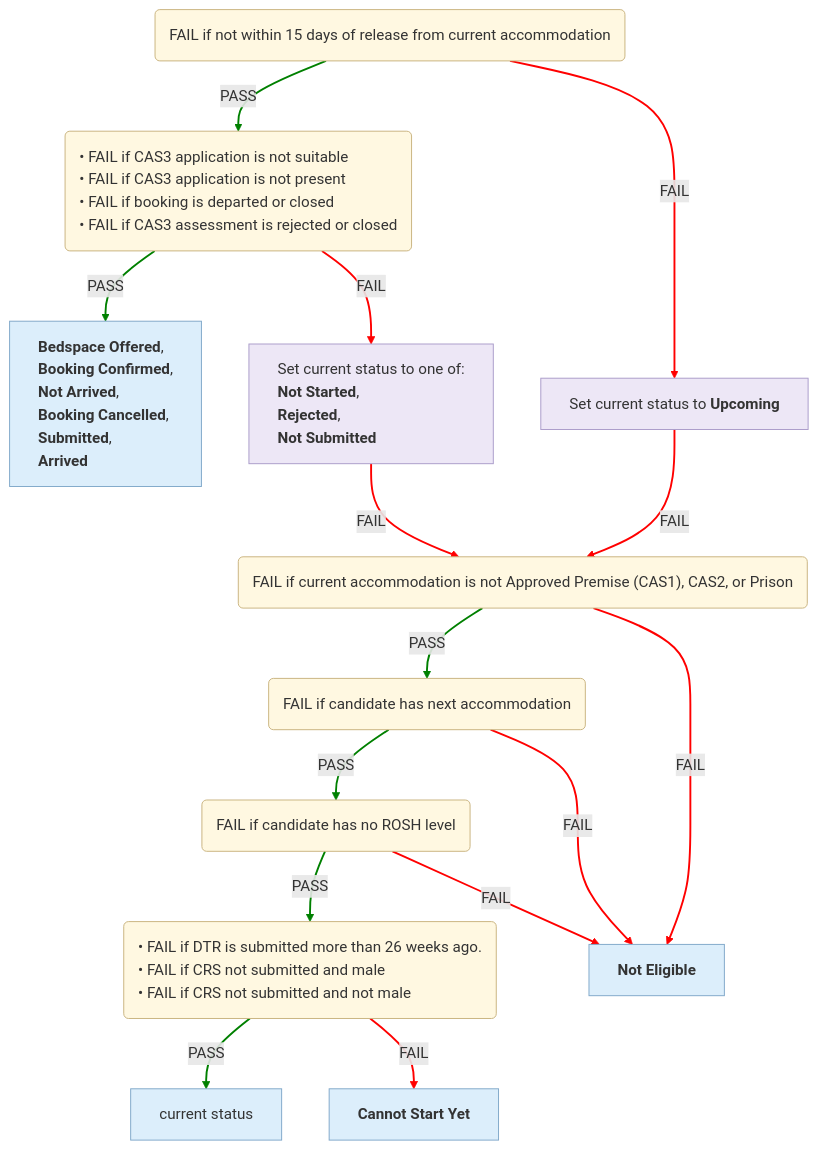
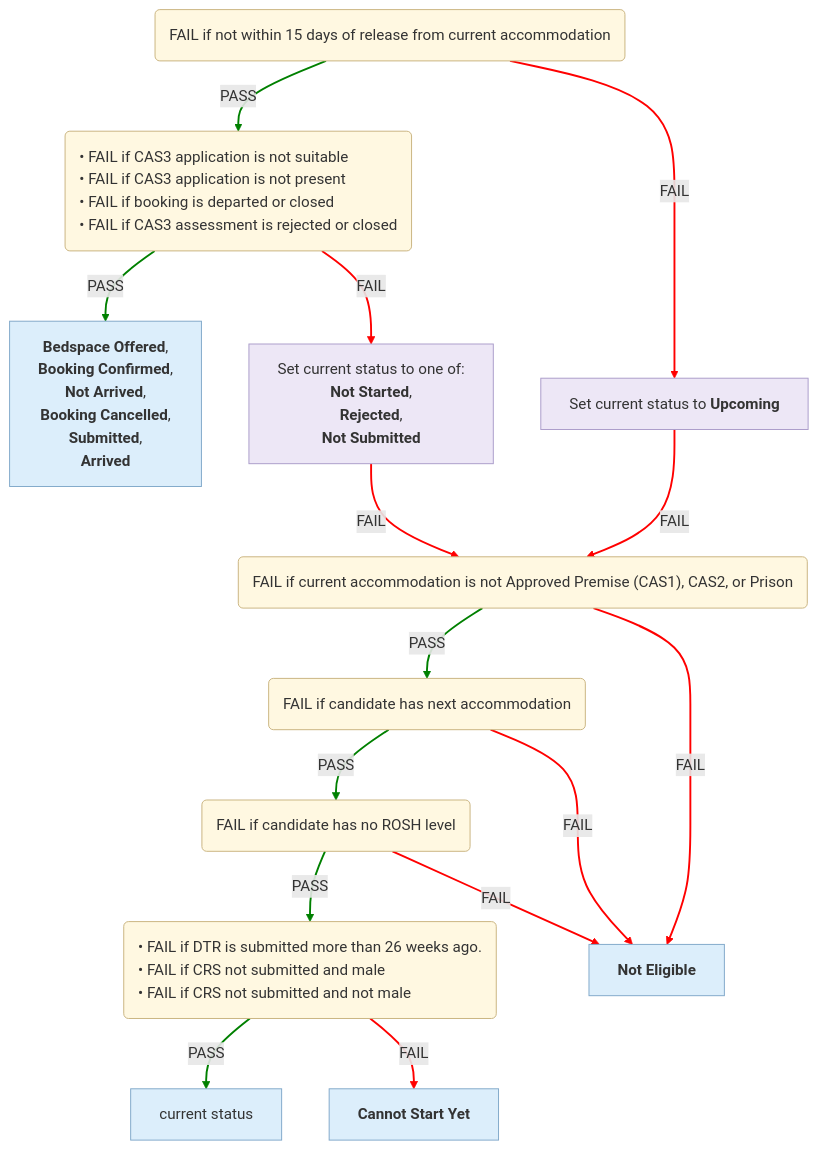
Before and after one commit to uk-gov-mirror/ministryofjustice.hmpps-single-accommodation-service-api: the third of 6 diagrams in docs/eligibility-rules-graph.md, drawn with Mermaid. The commit also changed other lines of this file and 3 other files, not shown here.

Commit message:
chore/SAS-1532-Use-UI-statuses-in-graph-instead-of-enums

````diff
--- a/docs/eligibility-rules-graph.md
+++ b/docs/eligibility-rules-graph.md
@@ -284,51 +284,51 @@
 ```mermaid
 %%{init: {"flowchart": {"wrappingWidth": 800}}}%%
 flowchart TD
-  Upcoming("<div style='text-align:left'>FAIL if not within 15 days of release from current accommodation</div>")
+  Upcoming("FAIL if not within 15 days of release from current accommodation")
   Suitability("<div style='text-align:left'>• FAIL if CAS3 application is not suitable
 • FAIL if CAS3 application is not present
 • FAIL if booking is departed or closed
 • FAIL if CAS3 assessment is rejected or closed</div>")
-  updater_Bedspace_Offered___Booking_Confirmed___Not_Arrived___Booking_Cancelled___Submitted___Arrived["<div style='text-align:left'><b>Bedspace Offered</b>,
+  updater_Bedspace_Offered___Booking_Confirmed___Not_Arrived___Booking_Cancelled___Submitted___Arrived["<b>Bedspace Offered</b>,
  <b>Booking Confirmed</b>,
  <b>Not Arrived</b>,
  <b>Booking Cancelled</b>,
  <b>Submitted</b>,
- <b>Arrived</b></div>"]
-  updater_Set_current_status_to_one_of__Not_Started___Rejected___Not_Submitted["<div style='text-align:left'>Set current status to one of:
+ <b>Arrived</b>"]
+  updater_Set_current_status_to_one_of__Not_Started___Rejected___Not_Submitted["Set current status to one of:
 <b>Not Started</b>,
  <b>Rejected</b>,
- <b>Not Submitted</b></div>"]
-  Eligibility_Current_Accommodation("<div style='text-align:left'>FAIL if current accommodation is not Approved Premise (CAS1), CAS2, or Prison</div>")
-  Eligibility_Next_Accommodation("<div style='text-align:left'>FAIL if candidate has next accommodation</div>")
-  Eligibility_Rosh("<div style='text-align:left'>FAIL if candidate has no ROSH level</div>")
+ <b>Not Submitted</b>"]
+  Eligibility_Current_Accommodation("FAIL if current accommodation is not Approved Premise (CAS1), CAS2, or Prison")
+  Eligibility_Next_Accommodation("FAIL if candidate has next accommodation")
+  Eligibility_Rosh("FAIL if candidate has no ROSH level")
   Prerequisite("<div style='text-align:left'>• FAIL if DTR is submitted more than 26 weeks ago.
 • FAIL if CRS not submitted and male
 • FAIL if CRS not submitted and not male</div>")
-  current_status["<div style='text-align:left'>current status</div>"]
-  updater_Cannot_Start_Yet["<div style='text-align:left'><b>Cannot Start Yet</b></div>"]
-  Not_Eligible["<div style='text-align:left'><b>Not Eligible</b></div>"]
-  updater_Set_current_status_to_Upcoming["<div style='text-align:left'>Set current status to <b>Upcoming</b></div>"]
+  current_status["current status"]
+  updater_Cannot_Start_Yet["<b>Cannot Start Yet</b>"]
+  Not_Eligible["<b>Not Eligible</b>"]
+  updater_Set_current_status_to_Upcoming["Set current status to <b>Upcoming</b>"]
   Suitability -->|PASS| updater_Bedspace_Offered___Booking_Confirmed___Not_Arrived___Booking_Cancelled___Submitted___Arrived
   Suitability -->|FAIL| updater_Set_current_status_to_one_of__Not_Started___Rejected___Not_Submitted
   Prerequisite -->|PASS| current_status
   Prerequisite -->|FAIL| updater_Cannot_Start_Yet
   Eligibility_Rosh -->|PASS| Prerequisite
   Eligibility_Rosh -->|FAIL| Not_Eligible
   Eligibility_Next_Accommodation -->|PASS| Eligibility_Rosh
   Eligibility_Next_Accommodation -->|FAIL| Not_Eligible
   Eligibility_Current_Accommodation -->|PASS| Eligibility_Next_Accommodation
   Eligibility_Current_Accommodation -->|FAIL| Not_Eligible
   updater_Set_current_status_to_one_of__Not_Started___Rejected___Not_Submitted -->|FAIL| Eligibility_Current_Accommodation
   Upcoming -->|PASS| Suitability
   Upcoming -->|FAIL| updater_Set_current_status_to_Upcoming
   updater_Set_current_status_to_Upcoming -->|FAIL| Eligibility_Current_Accommodation
   linkStyle 0,2,4,6,8,11 stroke:green,stroke-width:2px
   linkStyle 1,3,5,7,9,10,12,13 stroke:red,stroke-width:2px
   classDef ruleSetNode fill:#FFF8E1,stroke:#C9B37E,color:#333
   classDef outcomeNode fill:#DCEEFB,stroke:#7FA7C9,color:#333
   classDef updaterNode fill:#EDE7F6,stroke:#A99BC9,color:#333
   class Upcoming,Suitability,Eligibility_Current_Accommodation,Eligibility_Next_Accommodation,Eligibility_Rosh,Prerequisite ruleSetNode
   class updater_Bedspace_Offered___Booking_Confirmed___Not_Arrived___Booking_Cancelled___Submitted___Arrived,current_status,updater_Cannot_Start_Yet,Not_Eligible outcomeNode
   class updater_Set_current_status_to_one_of__Not_Started___Rejected___Not_Submitted,updater_Set_current_status_to_Upcoming updaterNode
 ```
````
